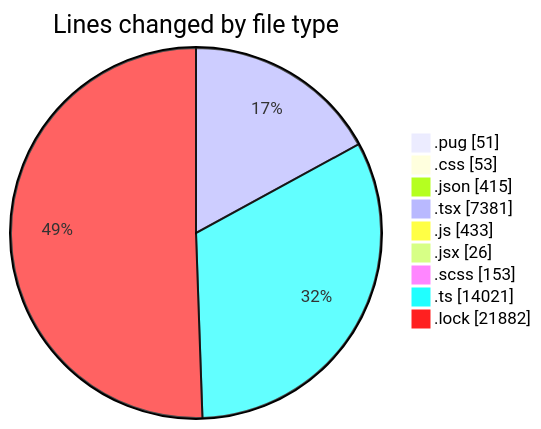
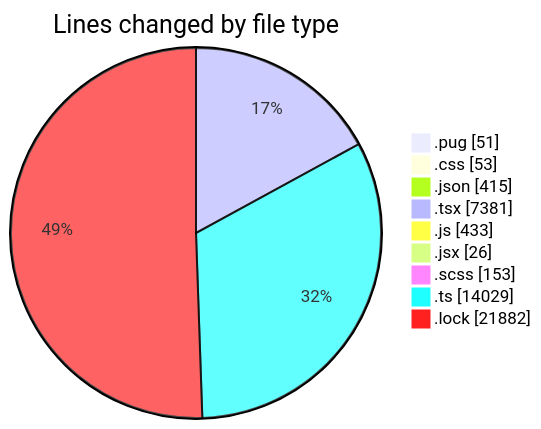
The first of 2 diagrams in 2025-11-06/cda/README.md (momahboobian/code-tracking), drawn with Mermaid before and after one commit. The commit also changed other lines of this file and 1 other file, not shown here.

````diff
--- a/2025-11-06/cda/README.md
+++ b/2025-11-06/cda/README.md
@@ -50,13 +50,13 @@
 ```mermaid
 pie showData
 title Lines changed by file type
 ".pug" : 51
 ".css" : 53
 ".json" : 415
 ".tsx" : 7381
 ".js" : 433
 ".jsx" : 26
 ".scss" : 153
-".ts" : 14021
+".ts" : 14029
 ".lock" : 21882
 ```
````
